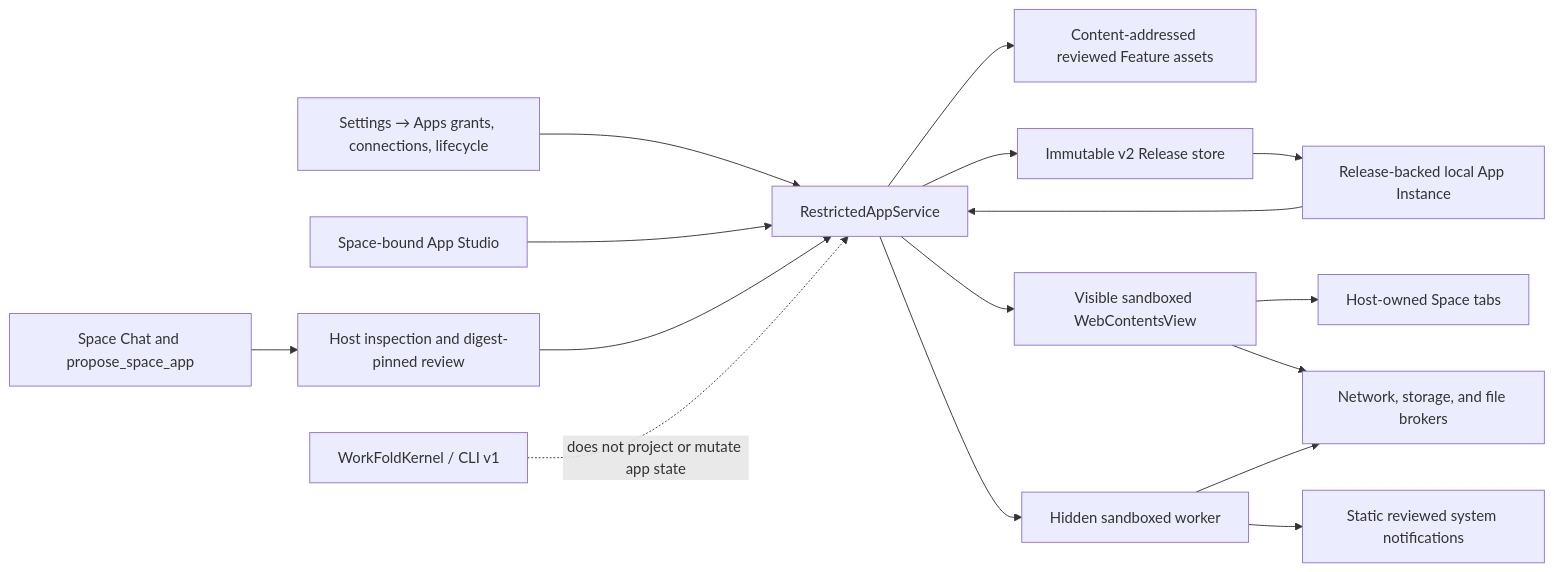
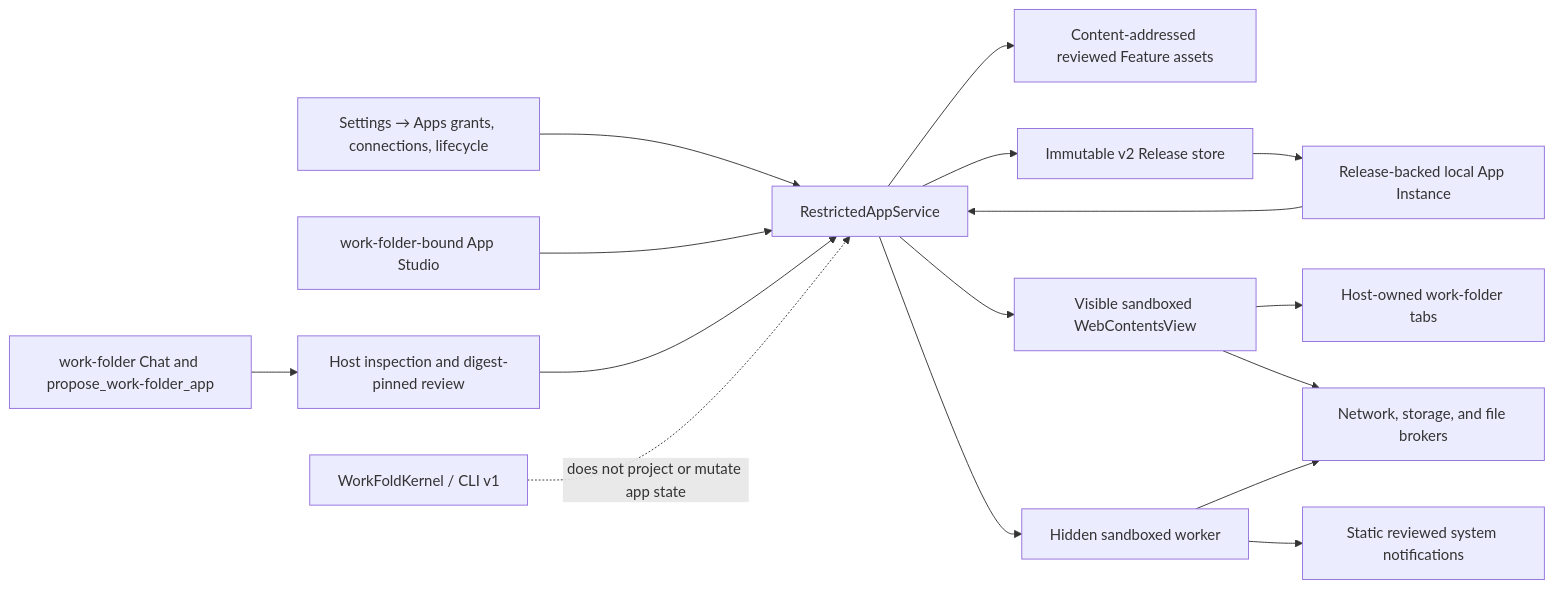
One commit to Mat-Tom-Son/work-fold changed the second of 2 diagrams in docs/architecture.md. Above: the diagram before and after it, drawn with Mermaid. The commit also changed other lines of this file and 636 other files, not shown here.

````diff
--- a/docs/architecture.md
+++ b/docs/architecture.md
@@ -82,18 +82,18 @@
 ```mermaid
 flowchart LR
-  chat["Space Chat and propose_space_app"] --> review["Host inspection and digest-pinned review"]
+  chat["work-folder Chat and propose_work-folder_app"] --> review["Host inspection and digest-pinned review"]
   capabilities["Settings → Apps grants, connections, lifecycle"] --> service["RestrictedAppService"]
-  studio["Space-bound App Studio"] --> service
+  studio["work-folder-bound App Studio"] --> service
   review --> service
   service --> staged["Content-addressed reviewed Feature assets"]
   service --> releases["Immutable v2 Release store"]
   releases --> instance["Release-backed local App Instance"]
   instance --> service
   service --> visible["Visible sandboxed WebContentsView"]
   service --> worker["Hidden sandboxed worker"]
-  visible --> tabs["Host-owned Space tabs"]
+  visible --> tabs["Host-owned work-folder tabs"]
   visible --> brokers["Network, storage, and file brokers"]
   worker --> brokers
   worker --> notifications["Static reviewed system notifications"]
   kernel["WorkFoldKernel / CLI v1"] -. "does not project or mutate app state" .-> service
 ```
````
